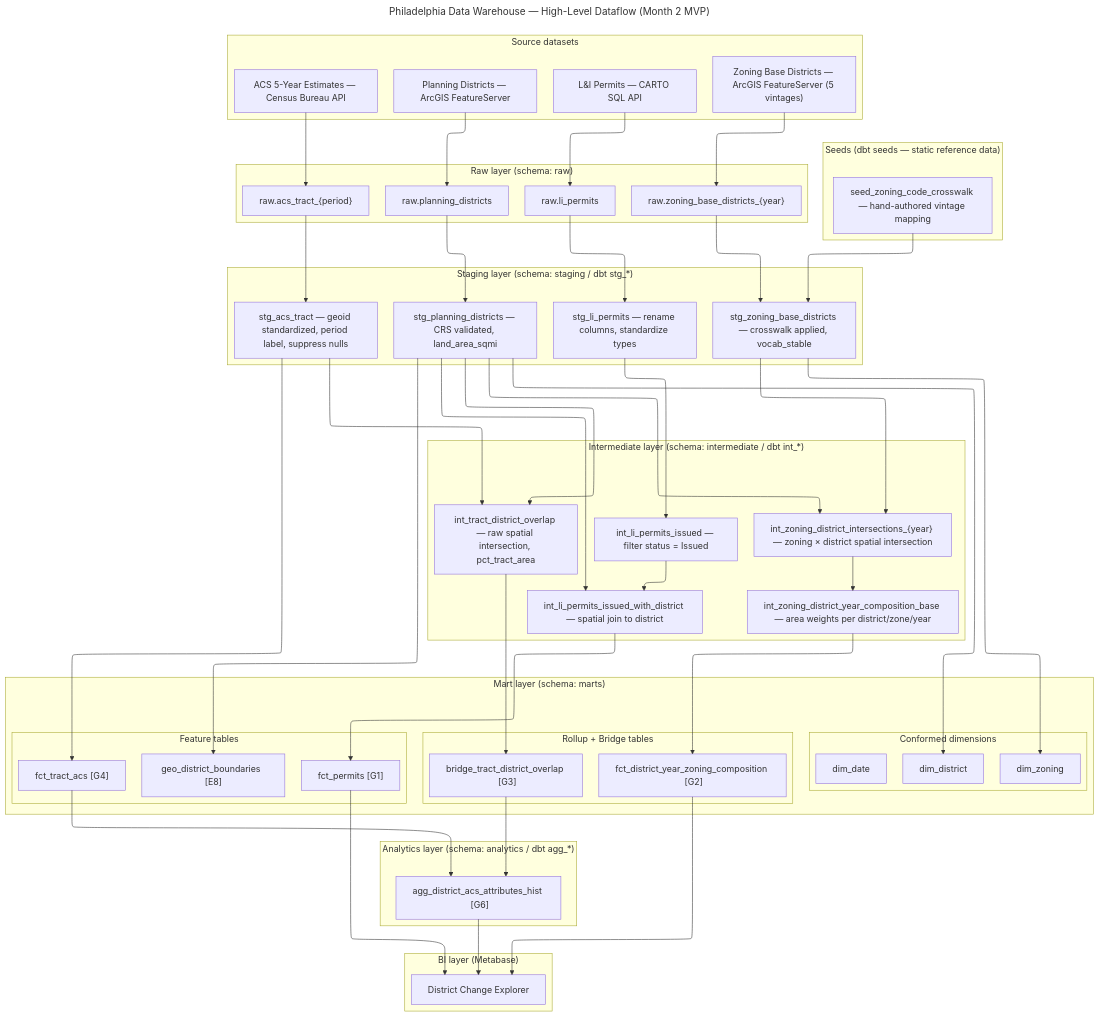
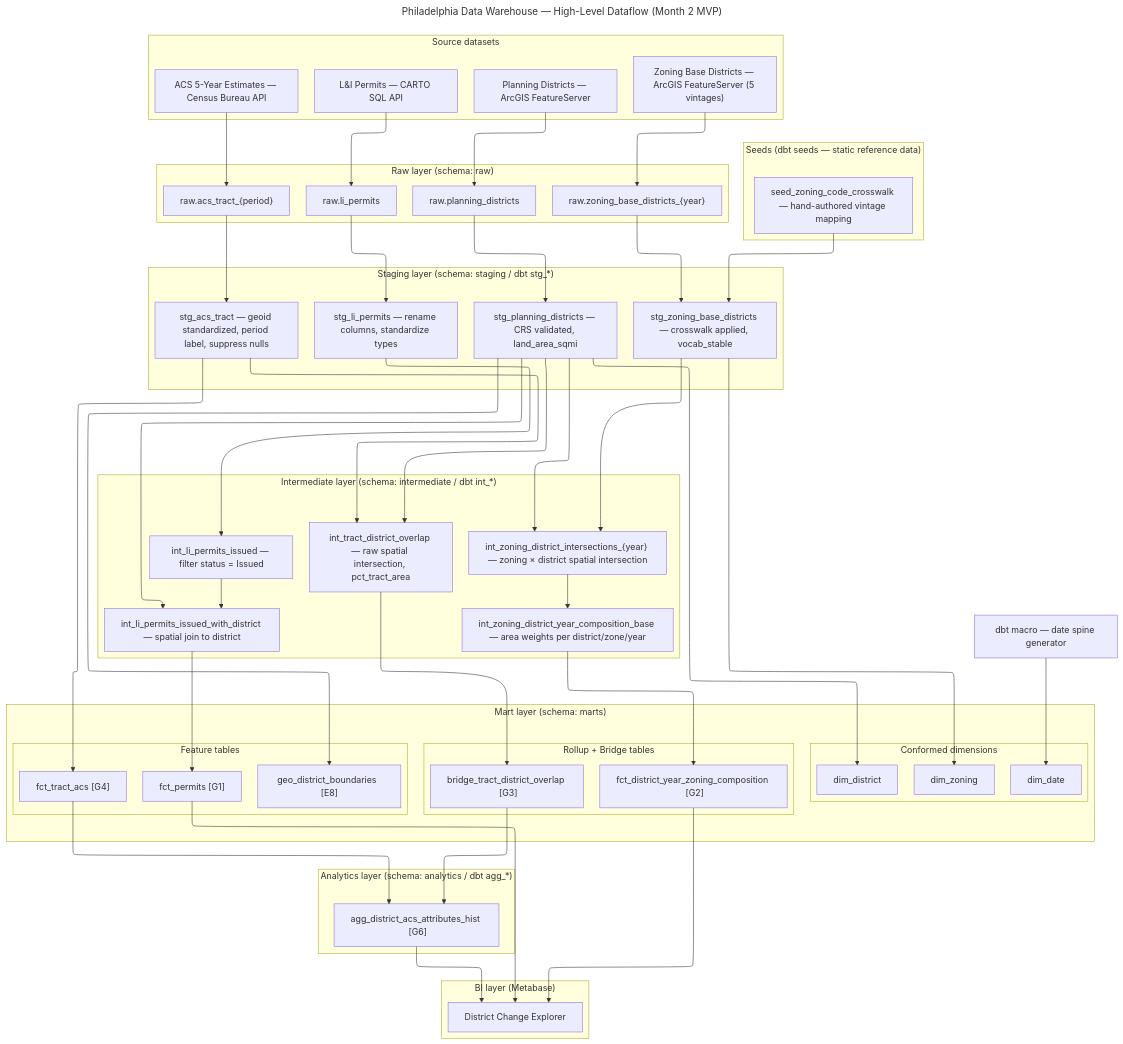
The diagram in docs/diagrams/dataflow.mmd (faridbalouch12-dotcom/Philadelphia-LandUse-Analytics), drawn with Mermaid before and after one commit. The commit also changed 30 other files, not shown here.

```diff
--- a/docs/diagrams/dataflow.mmd
+++ b/docs/diagrams/dataflow.mmd
@@ -1,120 +1,124 @@
 ---
 config:
   layout: elk
 title: Philadelphia Data Warehouse — High-Level Dataflow (Month 2 MVP)
 ---
 flowchart TD
 
     %% ── Source datasets ──────────────────────────────────────────────
     subgraph SOURCES["Source datasets"]
         SRC1["Planning Districts — ArcGIS FeatureServer"]
         SRC2["L&I Permits — CARTO SQL API"]
         SRC3["Zoning Base Districts — ArcGIS FeatureServer (5 vintages)"]
         SRC4["ACS 5-Year Estimates — Census Bureau API"]
     end
 
     %% ── Seeds ────────────────────────────────────────────────────────
     subgraph SEEDS["Seeds  (dbt seeds — static reference data)"]
         SEED_XWALK["seed_zoning_code_crosswalk — hand-authored vintage mapping"]
     end
+
+    %% ── Generated reference data ────────────────────────────────────
+    GEN_DATE["dbt macro — date spine generator"]
 
     %% ── Raw layer ────────────────────────────────────────────────────
     subgraph RAW["Raw layer  (schema: raw)"]
         RAW_DISTRICTS["raw.planning_districts"]
         RAW_PERMITS["raw.li_permits"]
         RAW_ZONING["raw.zoning_base_districts_{year}"]
         RAW_ACS["raw.acs_tract_{period}"]
     end
 
     %% ── Staging layer ────────────────────────────────────────────────
     subgraph STAGING["Staging layer  (schema: staging / dbt stg_*)"]
         STG_DISTRICTS["stg_planning_districts — CRS validated, land_area_sqmi"]
         STG_PERMITS["stg_li_permits — rename columns, standardize types"]
         STG_ZONING["stg_zoning_base_districts — crosswalk applied, vocab_stable"]
         STG_ACS["stg_acs_tract — geoid standardized, period label, suppress nulls"]
     end
 
     %% ── Intermediate layer ───────────────────────────────────────────
     subgraph INTERMEDIATE["Intermediate layer  (schema: intermediate / dbt int_*)"]
         INT_PERMITS_ISSUED["int_li_permits_issued — filter status = Issued"]
         INT_PERMITS_DISTRICT["int_li_permits_issued_with_district — spatial join to district"]
         INT_TRACT_OVERLAP["int_tract_district_overlap — raw spatial intersection, pct_tract_area"]
         INT_ZONING_INTERSECT["int_zoning_district_intersections_{year} — zoning × district spatial intersection"]
         INT_ZONING_COMP["int_zoning_district_year_composition_base — area weights per district/zone/year"]
     end
 
     %% ── Mart layer ───────────────────────────────────────────────────
     subgraph MART["Mart layer  (schema: marts)"]
 
         subgraph MART_DIMS["Conformed dimensions"]
             DIM_DISTRICT["dim_district"]
             DIM_DATE["dim_date"]
             DIM_ZONING["dim_zoning"]
         end
 
         subgraph MART_FEATURE["Feature tables"]
             FCT_PERMITS["fct_permits  [G1]"]
             FCT_ACS["fct_tract_acs  [G4]"]
             GEO_BOUNDS["geo_district_boundaries  [E8]"]
         end
 
         subgraph MART_ROLLUP["Rollup + Bridge tables"]
             FCT_ZONING["fct_district_year_zoning_composition  [G2]"]
             MART_BRIDGE["bridge_tract_district_overlap  [G3]"]
         end
     end
 
     %% ── Analytics layer ──────────────────────────────────────────────
     subgraph ANALYTICS["Analytics layer  (schema: analytics / dbt agg_*)"]
         AGG_ACS["agg_district_acs_attributes_hist  [G6]"]
     end
 
     %% ── BI layer ─────────────────────────────────────────────────────
     subgraph BI["BI layer  (Metabase)"]
         DB1["District Change Explorer"]
     end
 
     %% ── Data flows ───────────────────────────────────────────────────
 
     SRC1 --> RAW_DISTRICTS
     SRC2 --> RAW_PERMITS
     SRC3 --> RAW_ZONING
     SRC4 --> RAW_ACS
 
     RAW_DISTRICTS --> STG_DISTRICTS
     RAW_PERMITS   --> STG_PERMITS
     RAW_ZONING    --> STG_ZONING
     RAW_ACS       --> STG_ACS
     SEED_XWALK    --> STG_ZONING
 
     STG_PERMITS          --> INT_PERMITS_ISSUED
     INT_PERMITS_ISSUED   --> INT_PERMITS_DISTRICT
     STG_DISTRICTS        --> INT_PERMITS_DISTRICT
     STG_DISTRICTS        --> INT_TRACT_OVERLAP
     STG_ACS              --> INT_TRACT_OVERLAP
     STG_ZONING           --> INT_ZONING_INTERSECT
     STG_DISTRICTS        --> INT_ZONING_INTERSECT
     INT_ZONING_INTERSECT --> INT_ZONING_COMP
 
     STG_DISTRICTS        --> DIM_DISTRICT
     STG_ZONING           --> DIM_ZONING
+    GEN_DATE             --> DIM_DATE
 
     STG_DISTRICTS        --> GEO_BOUNDS
     INT_PERMITS_DISTRICT --> FCT_PERMITS
     STG_ACS              --> FCT_ACS
 
     INT_ZONING_COMP   --> FCT_ZONING
     INT_TRACT_OVERLAP --> MART_BRIDGE
 
     FCT_ACS     --> AGG_ACS
     MART_BRIDGE --> AGG_ACS
 
     FCT_PERMITS --> DB1
     FCT_ZONING  --> DB1
     AGG_ACS     --> DB1
 
     %% ── Notes ─────────────────────────────────────────────────────────
     %% Join relationships (FK/PK) are in erd.mmd — not shown here.
     %% Grain labels: G1–G6 reference grain_spec.md
     %% Feature vs rollup separation: see feature_vs_rollup_policy.md
     %% Schema layer redesign rationale: see notes/claude_sessions/session_2026-03-10_task-5-2_schema-redesign.md
```
